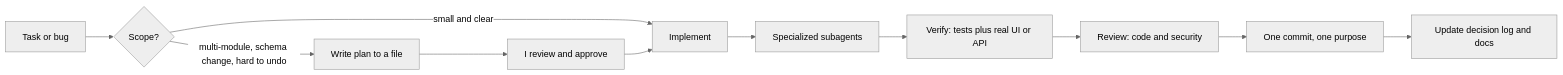
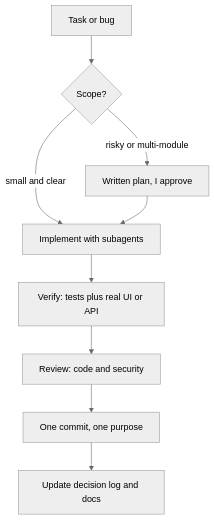
The diagram in README.md (nghianguyenhk0981/nghianguyenhk0981), drawn with Mermaid (neutral theme) before and after one commit.

Commit message:
docs: make workflow diagram vertical for readability

````diff
--- a/README.md
+++ b/README.md
@@ -60,13 +60,11 @@
 ```mermaid
-flowchart LR
+flowchart TD
     A["Task or bug"] --> B{"Scope?"}
-    B -->|"small and clear"| D["Implement"]
-    B -->|"multi-module, schema change, hard to undo"| C["Write plan to a file"]
-    C --> C2["I review and approve"]
-    C2 --> D
-    D --> E["Specialized subagents"]
-    E --> F["Verify: tests plus real UI or API"]
+    B -->|"small and clear"| D["Implement with subagents"]
+    B -->|"risky or multi-module"| C["Written plan, I approve"]
+    C --> D
+    D --> F["Verify: tests plus real UI or API"]
     F --> G["Review: code and security"]
     G --> H["One commit, one purpose"]
     H --> I["Update decision log and docs"]
 ```
````
